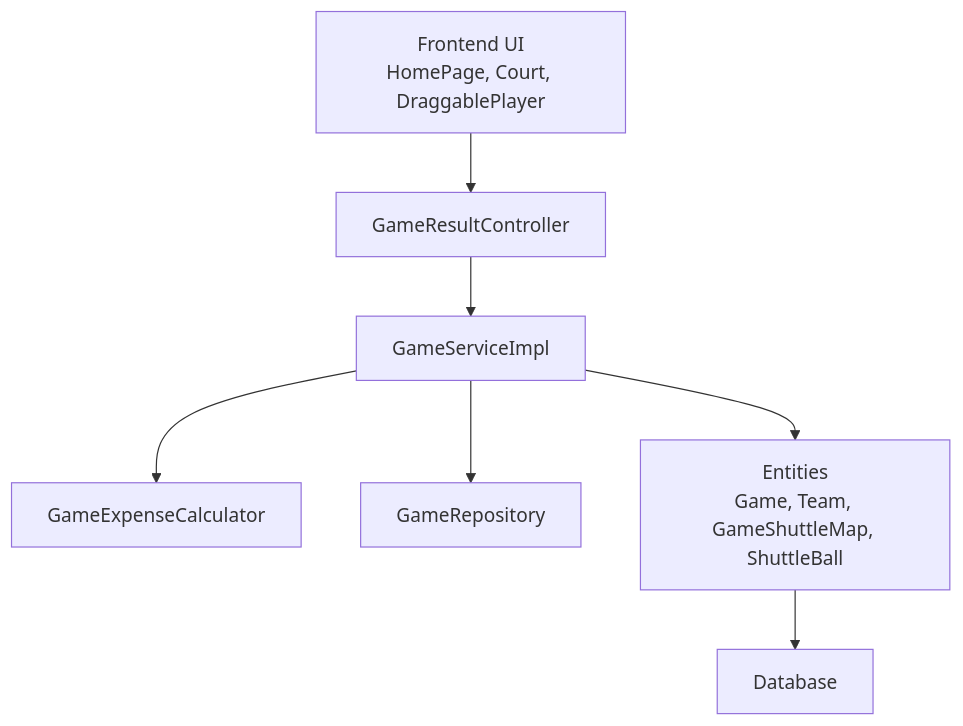
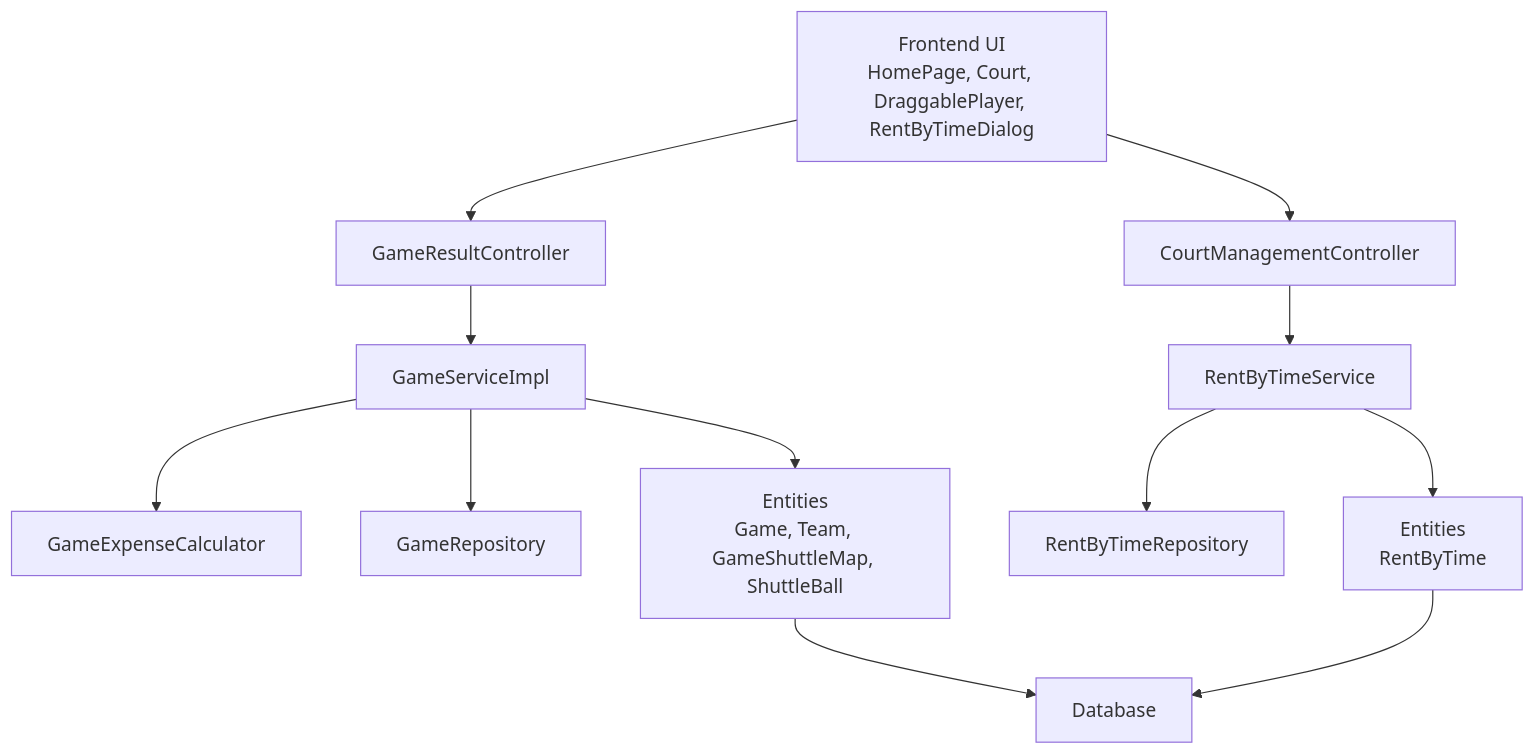
One commit to Vissel/badminton-court-management changed the second of 10 diagrams in .qoder/repowiki/en/content/Game Management System.md. Above: the diagram before and after it, drawn with Mermaid. The commit also changed other lines of this file and 11 other files, not shown here.

````diff
--- a/.qoder/repowiki/en/content/Game Management System.md
+++ b/.qoder/repowiki/en/content/Game Management System.md
@@ -126,9 +174,14 @@
 ```mermaid
 graph TB
-UI["Frontend UI<br/>HomePage, Court, DraggablePlayer"] --> API["GameResultController"]
-API --> SVC["GameServiceImpl"]
-SVC --> CALC["GameExpenseCalculator"]
-SVC --> REPO["GameRepository"]
-SVC --> ENT["Entities<br/>Game, Team, GameShuttleMap, ShuttleBall"]
-ENT --> DB["Database"]
+UI["Frontend UI<br/>HomePage, Court, DraggablePlayer, RentByTimeDialog"] --> API1["GameResultController"]
+UI --> API2["CourtManagementController"]
+API1 --> SVC1["GameServiceImpl"]
+API2 --> SVC2["RentByTimeService"]
+SVC1 --> CALC["GameExpenseCalculator"]
+SVC1 --> REPO1["GameRepository"]
+SVC2 --> REPO2["RentByTimeRepository"]
+SVC1 --> ENT1["Entities<br/>Game, Team, GameShuttleMap, ShuttleBall"]
+SVC2 --> ENT2["Entities<br/>RentByTime"]
+ENT1 --> DB["Database"]
+ENT2 --> DB
 ```
````
